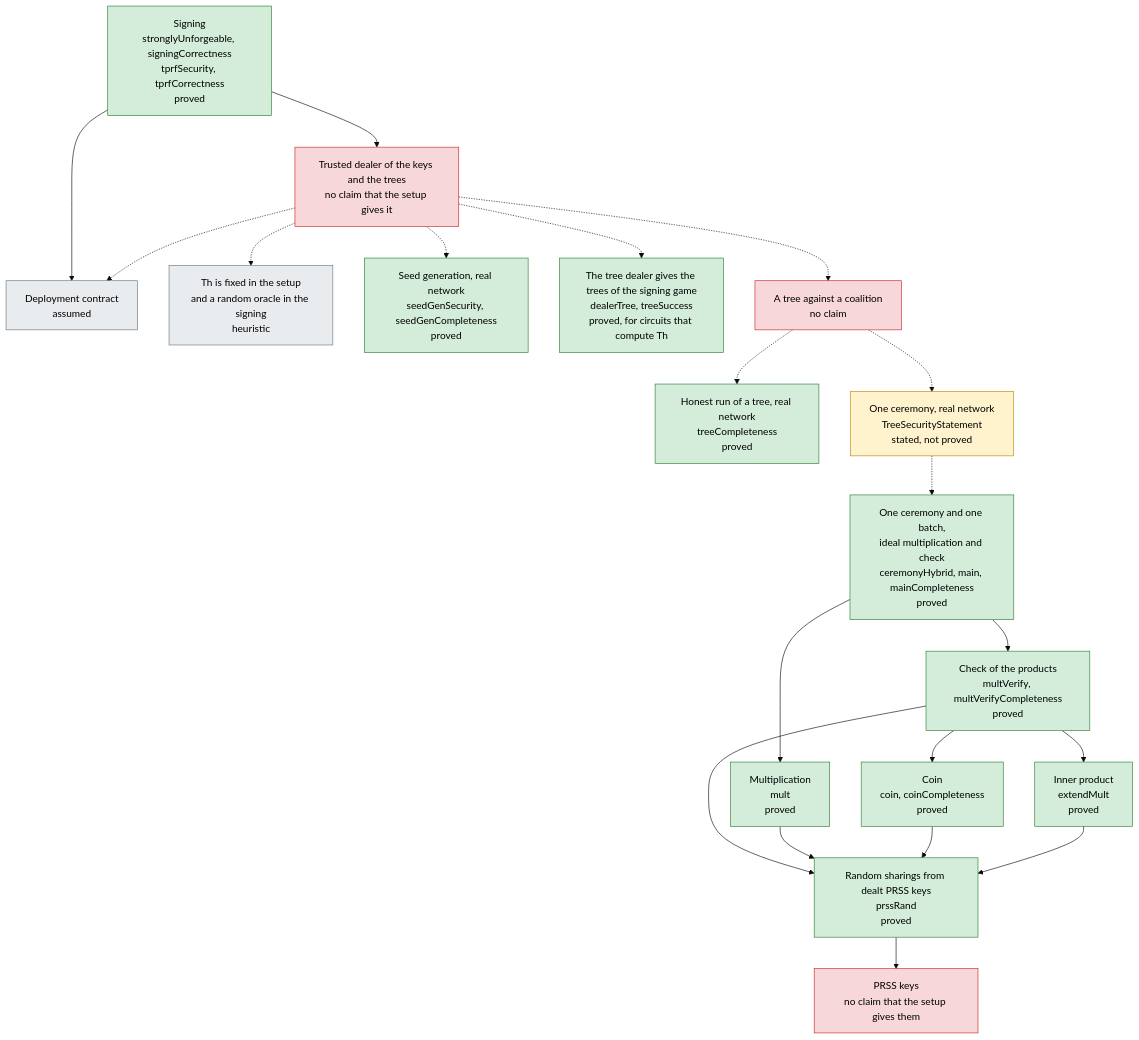
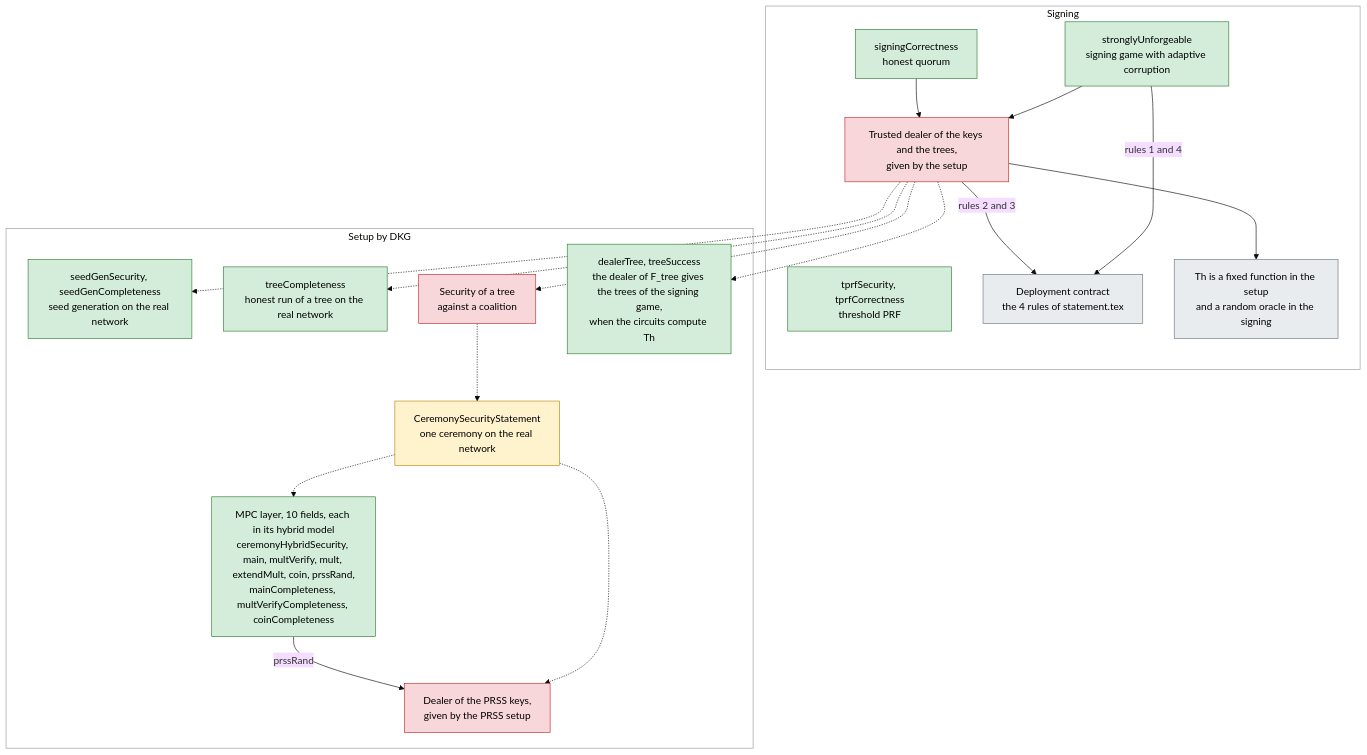
The diagram in formal/README.md (han0110/threshold-lean-xmss), drawn with Mermaid (base theme) before and after one commit. The commit also changed other lines of this file and 6 other files, not shown here.

First line of the commit message:
refactor(formal)!: one naming rule and a setup section with four entries

````diff
--- a/formal/README.md
+++ b/formal/README.md
@@ -75,44 +75,43 @@
 ```mermaid
 flowchart TB
   classDef proved fill:#d4edda,stroke:#2e7d32,color:#000
   classDef stated fill:#fff3cd,stroke:#b8860b,color:#000
   classDef missing fill:#f8d7da,stroke:#c62828,color:#000
   classDef assumed fill:#e9ecef,stroke:#6c757d,color:#000
 
-  SIGN["Signing<br/>stronglyUnforgeable, signingCorrectness<br/>tprfSecurity, tprfCorrectness<br/>proved"]:::proved
-  DEALT["Trusted dealer of the keys and the trees<br/>no claim that the setup gives it"]:::missing
-  RULES["Deployment contract<br/>assumed"]:::assumed
-  HEUR["Th is fixed in the setup<br/>and a random oracle in the signing<br/>heuristic"]:::assumed
-  SEED["Seed generation, real network<br/>seedGenSecurity, seedGenCompleteness<br/>proved"]:::proved
-  DEALER["The tree dealer gives the trees of the signing game<br/>dealerTree, treeSuccess<br/>proved, for circuits that compute Th"]:::proved
-  TREE["A tree against a coalition<br/>no claim"]:::missing
-  HONEST["Honest run of a tree, real network<br/>treeCompleteness<br/>proved"]:::proved
-  REAL["One ceremony, real network<br/>TreeSecurityStatement<br/>stated, not proved"]:::stated
-  HYBRID["One ceremony and one batch,<br/>ideal multiplication and check<br/>ceremonyHybrid, main, mainCompleteness<br/>proved"]:::proved
-  MULT["Multiplication<br/>mult<br/>proved"]:::proved
-  CHECK["Check of the products<br/>multVerify, multVerifyCompleteness<br/>proved"]:::proved
-  COIN["Coin<br/>coin, coinCompleteness<br/>proved"]:::proved
-  INNER["Inner product<br/>extendMult<br/>proved"]:::proved
-  RAND["Random sharings from dealt PRSS keys<br/>prssRand<br/>proved"]:::proved
-  PKEYS["PRSS keys<br/>no claim that the setup gives them"]:::missing
+  subgraph SIG["Signing"]
+    SUF["stronglyUnforgeable<br/>signing game with adaptive corruption"]:::proved
+    SCOR["signingCorrectness<br/>honest quorum"]:::proved
+    TPRF["tprfSecurity, tprfCorrectness<br/>threshold PRF"]:::proved
+    DEALT["Trusted dealer of the keys and the trees,<br/>given by the setup"]:::missing
+    RULES["Deployment contract<br/>the 4 rules of statement.tex"]:::assumed
+    HEUR["Th is a fixed function in the setup<br/>and a random oracle in the signing"]:::assumed
+  end
 
-  SIGN --> DEALT
-  SIGN --> RULES
-  DEALT -.-> RULES
-  DEALT -.-> HEUR
+  subgraph DKG["Setup by DKG"]
+    SEED["seedGenSecurity, seedGenCompleteness<br/>seed generation on the real network"]:::proved
+    TCOMP["treeCompleteness<br/>honest run of a tree on the real network"]:::proved
+    TSEC["Security of a tree<br/>against a coalition"]:::missing
+    DEALER["dealerTree, treeSuccess<br/>the dealer of F_tree gives the trees of the signing game,<br/>when the circuits compute Th"]:::proved
+    CSEC["CeremonySecurityStatement<br/>one ceremony on the real network"]:::stated
+    MPC["MPC layer, 10 fields, each in its hybrid model<br/>ceremonyHybridSecurity, main, multVerify, mult, extendMult, coin, prssRand,<br/>mainCompleteness, multVerifyCompleteness, coinCompleteness"]:::proved
+    PKEYS["Dealer of the PRSS keys,<br/>given by the PRSS setup"]:::missing
+  end
+
+  style SIG fill:#ffffff,stroke:#999999
+  style DKG fill:#ffffff,stroke:#999999
+
+  SUF --> DEALT
+  SCOR --> DEALT
+  SUF -->|rules 1 and 4| RULES
+  DEALT -->|rules 2 and 3| RULES
+  DEALT --> HEUR
   DEALT -.-> SEED
   DEALT -.-> DEALER
-  DEALT -.-> TREE
-  TREE -.-> HONEST
-  TREE -.-> REAL
-  REAL -.-> HYBRID
-  HYBRID --> MULT
-  HYBRID --> CHECK
-  CHECK --> COIN
-  CHECK --> INNER
-  CHECK --> RAND
-  MULT --> RAND
-  COIN --> RAND
-  INNER --> RAND
-  RAND --> PKEYS
+  DEALT -.-> TCOMP
+  DEALT -.-> TSEC
+  TSEC -.-> CSEC
+  CSEC -.-> MPC
+  CSEC -.-> PKEYS
+  MPC -->|prssRand| PKEYS
 ```
````
